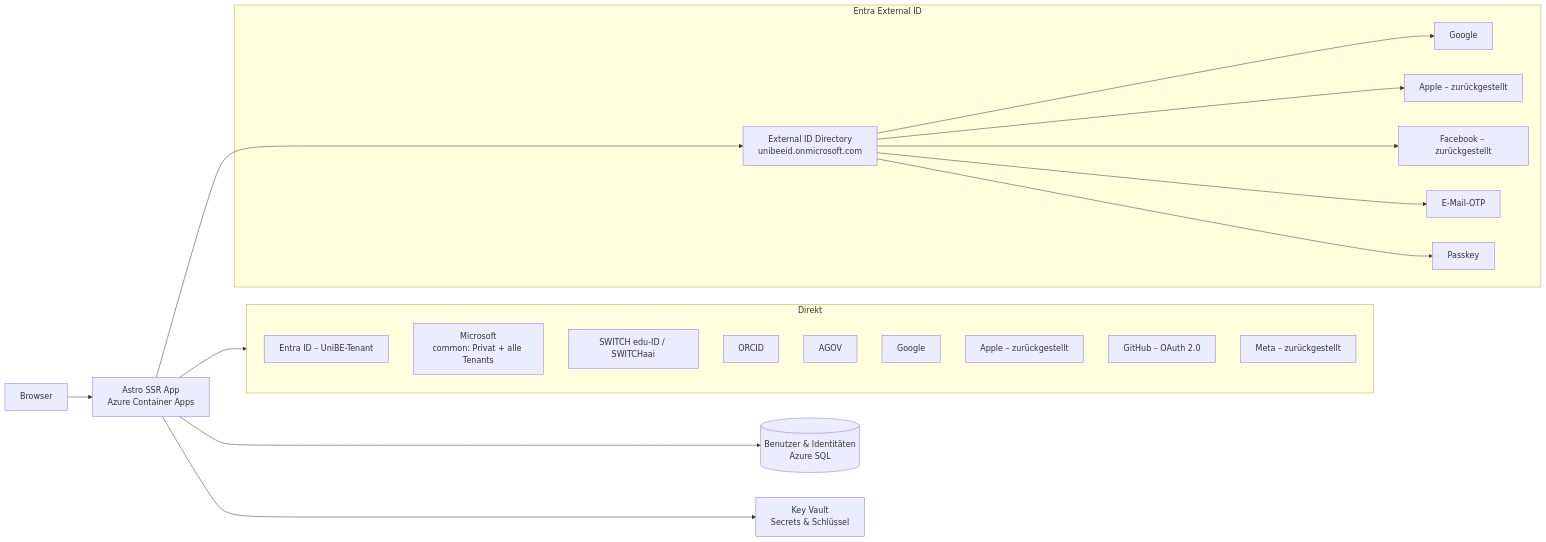
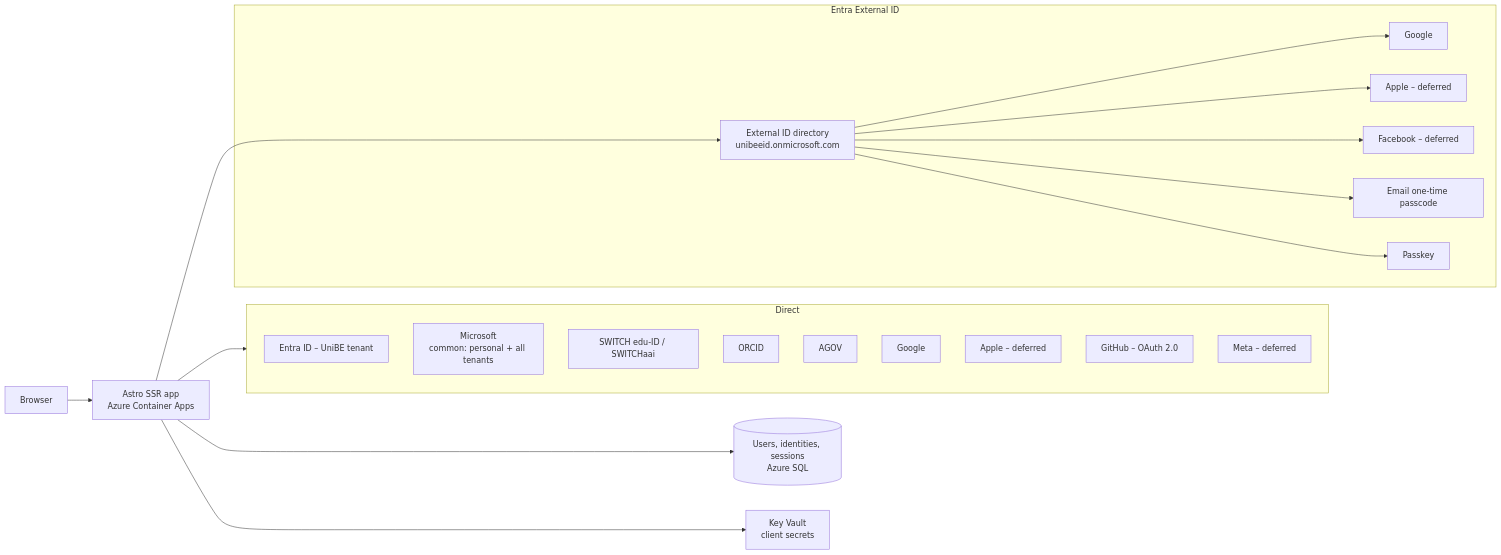
The first of 2 diagrams in docs/01-architecture.md (id-unibe-ch/ch-unibe-auth-example), drawn with Mermaid before and after one commit. The commit also changed other lines of this file and 35 other files, not shown here.

````diff
--- a/docs/01-architecture.md
+++ b/docs/01-architecture.md
@@ -10,30 +10,30 @@
 ```mermaid
 flowchart LR
-    U[Browser] --> APP[Astro SSR App<br/>Azure Container Apps]
-    APP --> DB[(Benutzer & Identitäten<br/>Azure SQL)]
-    APP --> KV[Key Vault<br/>Secrets & Schlüssel]
+    U[Browser] --> APP[Astro SSR app<br/>Azure Container Apps]
+    APP --> DB[(Users, identities, sessions<br/>Azure SQL)]
+    APP --> KV[Key Vault<br/>client secrets]
 
-    subgraph Direkt
-        E1[Entra ID – UniBE-Tenant]
-        E2[Microsoft<br/>common: Privat + alle Tenants]
+    subgraph Direct
+        E1[Entra ID – UniBE tenant]
+        E2[Microsoft<br/>common: personal + all tenants]
         EDU[SWITCH edu-ID / SWITCHaai]
         ORC[ORCID]
         AGOV[AGOV]
         GOO[Google]
-        APL[Apple – zurückgestellt]
+        APL[Apple – deferred]
         GH[GitHub – OAuth 2.0]
-        META[Meta – zurückgestellt]
+        META[Meta – deferred]
     end
 
     subgraph Broker[Entra External ID]
-        XID[External ID Directory<br/>unibeeid.onmicrosoft.com]
+        XID[External ID directory<br/>unibeeid.onmicrosoft.com]
         XID --> XG[Google]
-        XID --> XA[Apple – zurückgestellt]
-        XID --> XF[Facebook – zurückgestellt]
-        XID --> XO[E-Mail-OTP]
+        XID --> XA[Apple – deferred]
+        XID --> XF[Facebook – deferred]
+        XID --> XO[Email one-time passcode]
         XID --> XP[Passkey]
     end
 
-    APP --> Direkt
+    APP --> Direct
     APP --> XID
 ```
````
